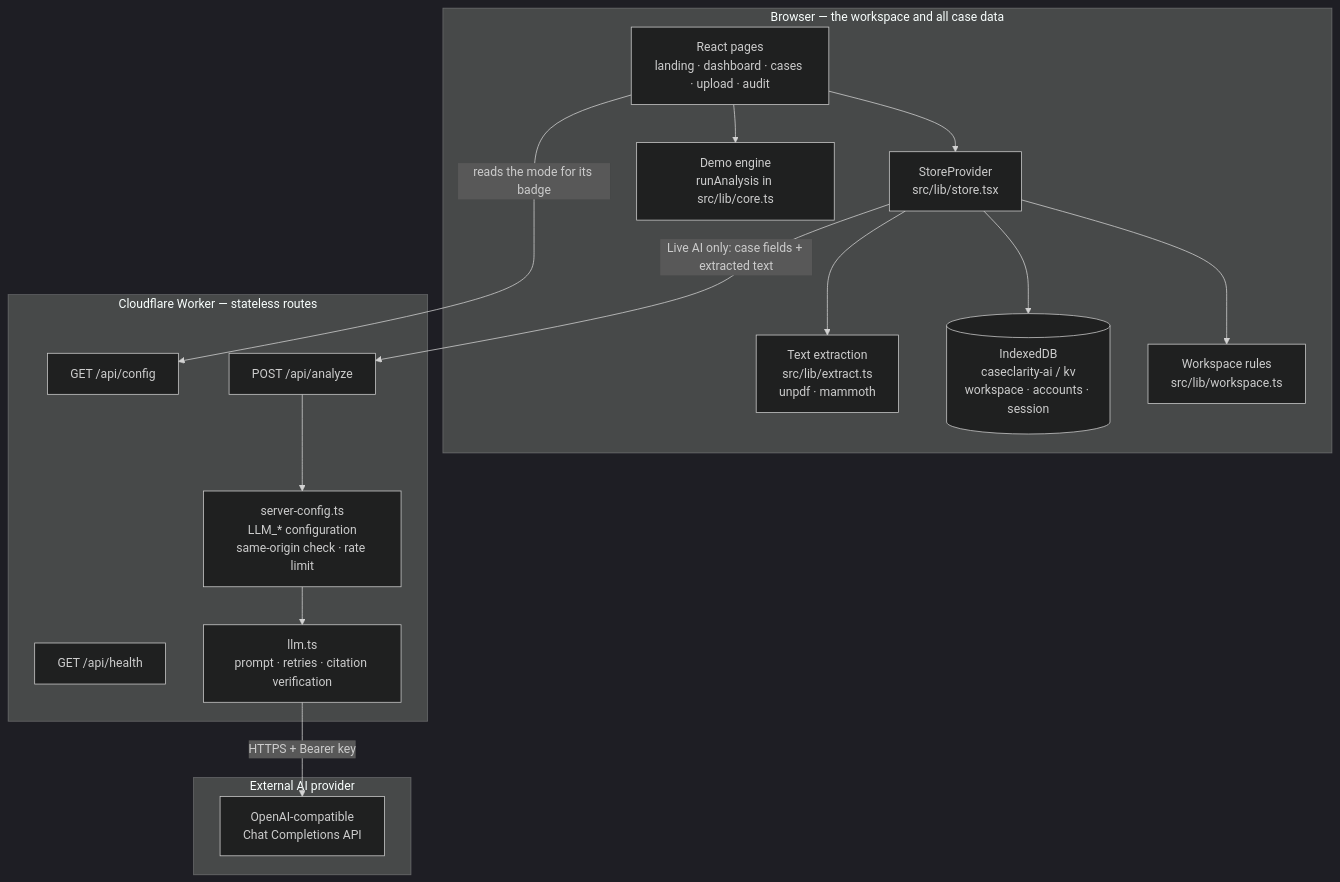
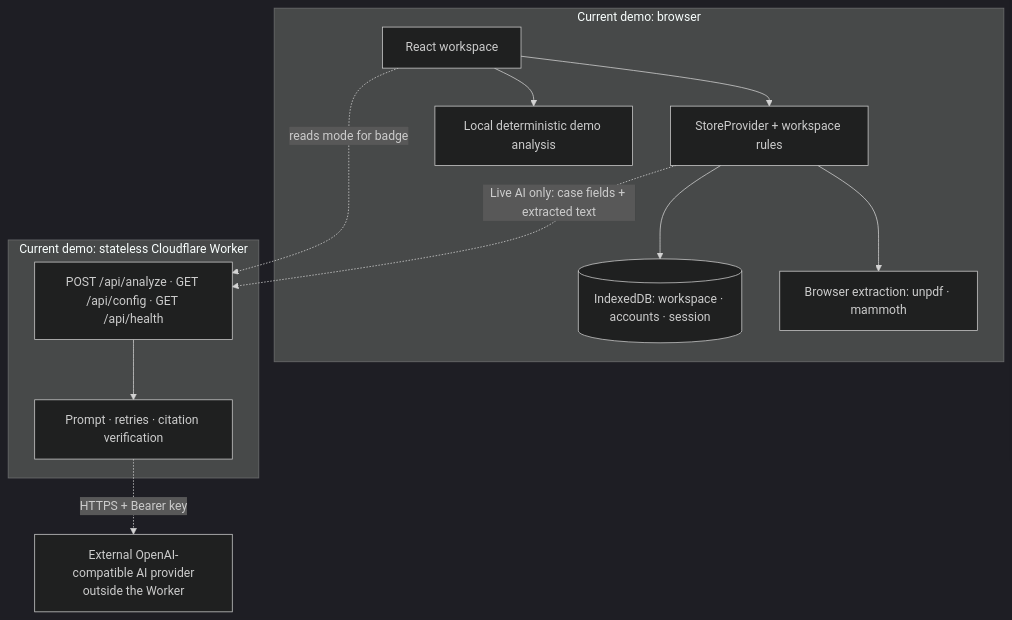
Before and after one commit to eayub006-source/caseclarity-ai: the second of 3 diagrams in README.md, drawn with Mermaid (dark theme). The commit also changed other lines of this file, not shown here.

Commit message:
docs: clarify demo and planned production architecture

````diff
--- a/README.md
+++ b/README.md
@@ -288,34 +359,18 @@
 ```mermaid
 flowchart TB
-    subgraph BROWSER["Browser — the workspace and all case data"]
-        UI["React pages<br/>landing · dashboard · cases · upload · audit"]
-        STORE["StoreProvider<br/>src/lib/store.tsx"]
-        RULES["Workspace rules<br/>src/lib/workspace.ts"]
-        IDB[("IndexedDB<br/>caseclarity-ai / kv<br/>workspace · accounts · session")]
-        EXT["Text extraction<br/>src/lib/extract.ts<br/>unpdf · mammoth"]
-        DEMO["Demo engine<br/>runAnalysis in src/lib/core.ts"]
-        UI --> STORE
-        STORE --> RULES
-        STORE --> IDB
-        STORE --> EXT
-        UI --> DEMO
+    subgraph BROWSER["Current demo: browser"]
+        UI["React workspace"] --> STORE["StoreProvider + workspace rules"]
+        STORE --> IDB[("IndexedDB: workspace · accounts · session")]
+        STORE --> EXT["Browser extraction: unpdf · mammoth"]
+        UI --> DEMO["Local deterministic demo analysis"]
     end
-
-    subgraph WORKER["Cloudflare Worker — stateless routes"]
-        R1["POST /api/analyze"]
-        R2["GET /api/config"]
-        R3["GET /api/health"]
-        CFG["server-config.ts<br/>LLM_* configuration<br/>same-origin check · rate limit"]
-        LLM["llm.ts<br/>prompt · retries · citation verification"]
-        R1 --> CFG
-        CFG --> LLM
+    subgraph WORKER["Current demo: stateless Cloudflare Worker"]
+        ROUTES["POST /api/analyze · GET /api/config · GET /api/health"]
+        LLM["Prompt · retries · citation verification"]
+        ROUTES --> LLM
     end
-
-    subgraph PROVIDER["External AI provider"]
-        P["OpenAI-compatible<br/>Chat Completions API"]
-    end
-
-    STORE -->|"Live AI only: case fields + extracted text"| R1
-    UI -->|"reads the mode for its badge"| R2
-    LLM -->|"HTTPS + Bearer key"| P
+    PROVIDER["External OpenAI-compatible AI provider<br/>outside the Worker"]
+    STORE -. "Live AI only: case fields + extracted text" .-> ROUTES
+    UI -. "reads mode for badge" .-> ROUTES
+    LLM -. "HTTPS + Bearer key" .-> PROVIDER
 ```
````
